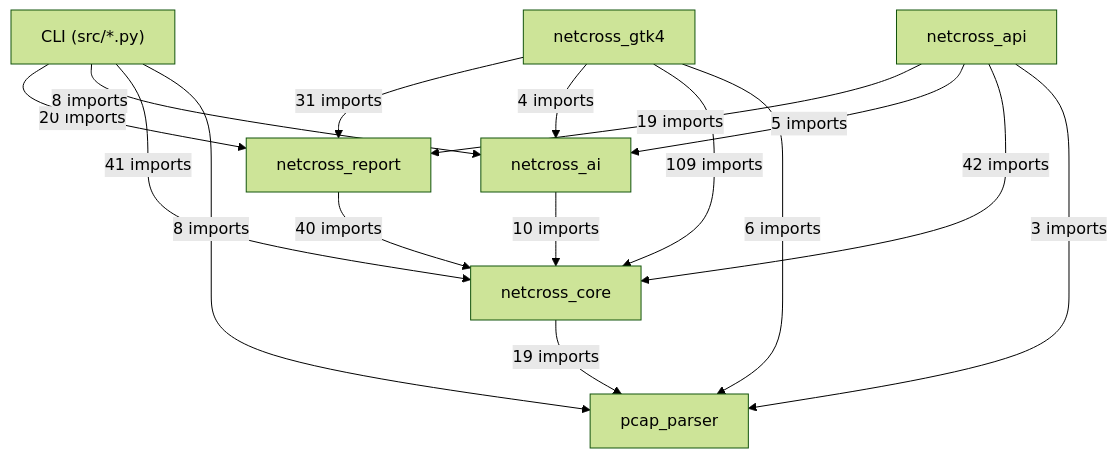
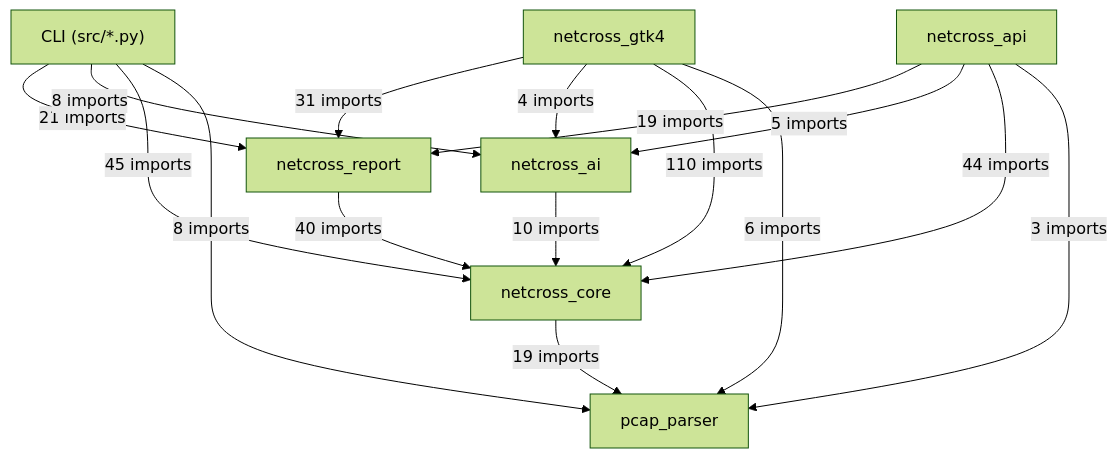
Before and after one commit to Mathide-Team/Netcross: the first of 20 diagrams in docs/class-diagram.md, drawn with Mermaid (forest theme). The commit also changed other lines of this file and 9 other files, not shown here.

First line of the commit message:
feat(#912): exploration statistique en CLI et dans l'API

````diff
--- a/docs/class-diagram.md
+++ b/docs/class-diagram.md
@@ -26,25 +26,25 @@
 ```mermaid
 flowchart TD
     CLI["CLI (src/*.py)"]
     netcross_gtk4["netcross_gtk4"]
     netcross_api["netcross_api"]
     netcross_report["netcross_report"]
     netcross_ai["netcross_ai"]
     netcross_core["netcross_core"]
     pcap_parser["pcap_parser"]
-    CLI -->|"20 imports"| netcross_report
+    CLI -->|"21 imports"| netcross_report
     CLI -->|"8 imports"| netcross_ai
-    CLI -->|"41 imports"| netcross_core
+    CLI -->|"45 imports"| netcross_core
     CLI -->|"8 imports"| pcap_parser
     netcross_gtk4 -->|"31 imports"| netcross_report
     netcross_gtk4 -->|"4 imports"| netcross_ai
-    netcross_gtk4 -->|"109 imports"| netcross_core
+    netcross_gtk4 -->|"110 imports"| netcross_core
     netcross_gtk4 -->|"6 imports"| pcap_parser
     netcross_api -->|"19 imports"| netcross_report
     netcross_api -->|"5 imports"| netcross_ai
-    netcross_api -->|"42 imports"| netcross_core
+    netcross_api -->|"44 imports"| netcross_core
     netcross_api -->|"3 imports"| pcap_parser
     netcross_report -->|"40 imports"| netcross_core
     netcross_ai -->|"10 imports"| netcross_core
     netcross_core -->|"19 imports"| pcap_parser
 ```
````
